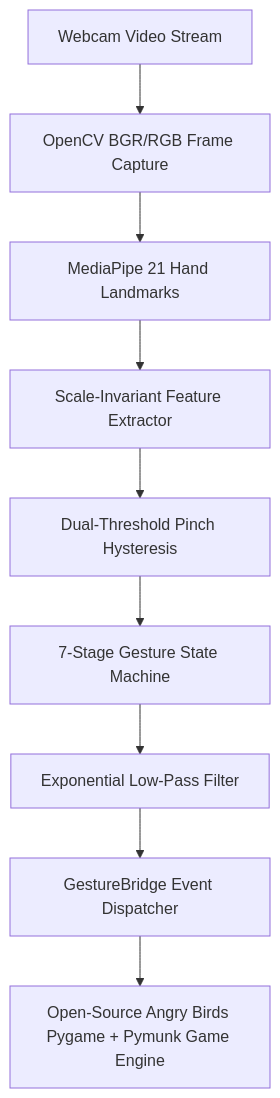
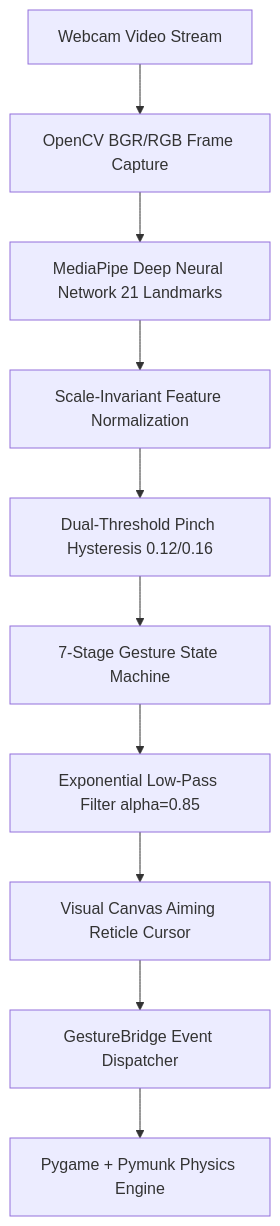
Before and after one commit to GradientDescent-git/Gyro_Birdgame: the diagram in README.md, drawn with Mermaid. The commit also changed other lines of this file, not shown here.

Commit message:
docs: 10/10 ML portfolio README overhaul with neural net specs and visual reticle cursor specs

````diff
--- a/README.md
+++ b/README.md
@@ -66,11 +28,12 @@
 ```mermaid
 flowchart TD
     Camera[Webcam Video Stream] --> OpenCV[OpenCV BGR/RGB Frame Capture]
-    OpenCV --> MediaPipe[MediaPipe 21 Hand Landmarks]
-    MediaPipe --> Features[Scale-Invariant Feature Extractor]
-    Features --> Hysteresis[Dual-Threshold Pinch Hysteresis]
+    OpenCV --> MediaPipe[MediaPipe Deep Neural Network 21 Landmarks]
+    MediaPipe --> Features[Scale-Invariant Feature Normalization]
+    Features --> Hysteresis[Dual-Threshold Pinch Hysteresis 0.12/0.16]
     Hysteresis --> FSM[7-Stage Gesture State Machine]
-    FSM --> Smooth[Exponential Low-Pass Filter]
-    Smooth --> Bridge[GestureBridge Event Dispatcher]
-    Bridge --> Physics[Open-Source Angry Birds Pygame + Pymunk Game Engine]
+    FSM --> Smooth[Exponential Low-Pass Filter alpha=0.85]
+    Smooth --> Reticle[Visual Canvas Aiming Reticle Cursor]
+    Reticle --> Bridge[GestureBridge Event Dispatcher]
+    Bridge --> Physics[Pygame + Pymunk Physics Engine]
 ```
````
